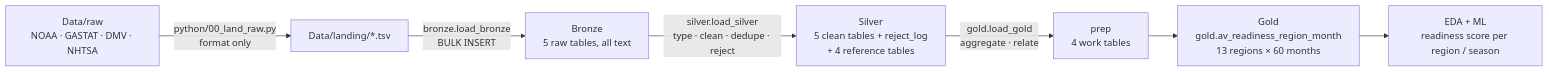
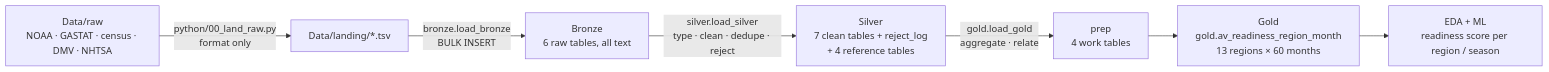
The diagram in docs/01_architecture_overview.md (farahatsaafan/AV-Ready-Saudi), drawn with Mermaid before and after one commit. The commit also changed other lines of this file and 21 other files, not shown here.

First line of the commit message:
Add census population (rates per 100k), full link register and generated data dictionary

````diff
--- a/docs/01_architecture_overview.md
+++ b/docs/01_architecture_overview.md
@@ -16,9 +18,9 @@
 ```mermaid
 flowchart LR
-  RAW["Data/raw<br/>NOAA · GASTAT · DMV · NHTSA"] -->|python/00_land_raw.py<br/>format only| LAND["Data/landing/*.tsv"]
-  LAND -->|bronze.load_bronze<br/>BULK INSERT| BR["Bronze<br/>5 raw tables, all text"]
-  BR -->|silver.load_silver<br/>type · clean · dedupe · reject| SI["Silver<br/>5 clean tables + reject_log<br/>+ 4 reference tables"]
+  RAW["Data/raw<br/>NOAA · GASTAT · census · DMV · NHTSA"] -->|python/00_land_raw.py<br/>format only| LAND["Data/landing/*.tsv"]
+  LAND -->|bronze.load_bronze<br/>BULK INSERT| BR["Bronze<br/>6 raw tables, all text"]
+  BR -->|silver.load_silver<br/>type · clean · dedupe · reject| SI["Silver<br/>7 clean tables + reject_log<br/>+ 4 reference tables"]
   SI -->|gold.load_gold<br/>aggregate · relate| PR["prep<br/>4 work tables"]
   PR --> GO["Gold<br/>gold.av_readiness_region_month<br/>13 regions × 60 months"]
   GO --> ML["EDA + ML<br/>readiness score per region / season"]
 ```
````
